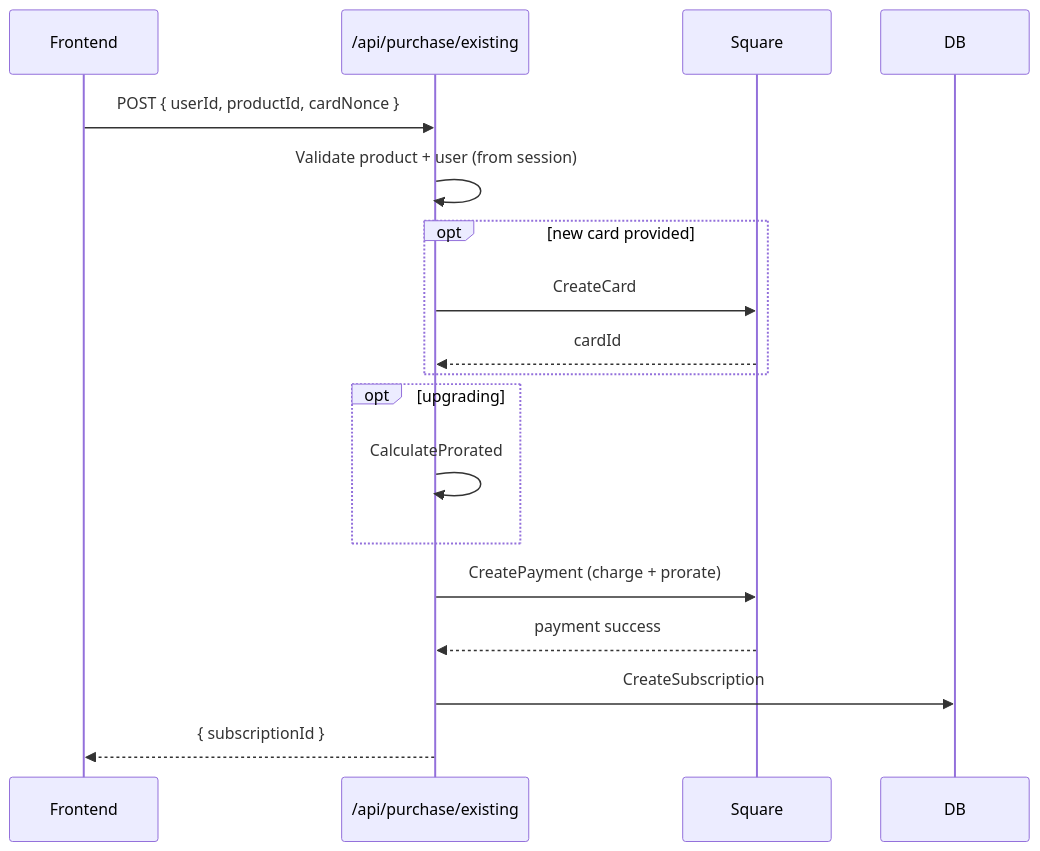
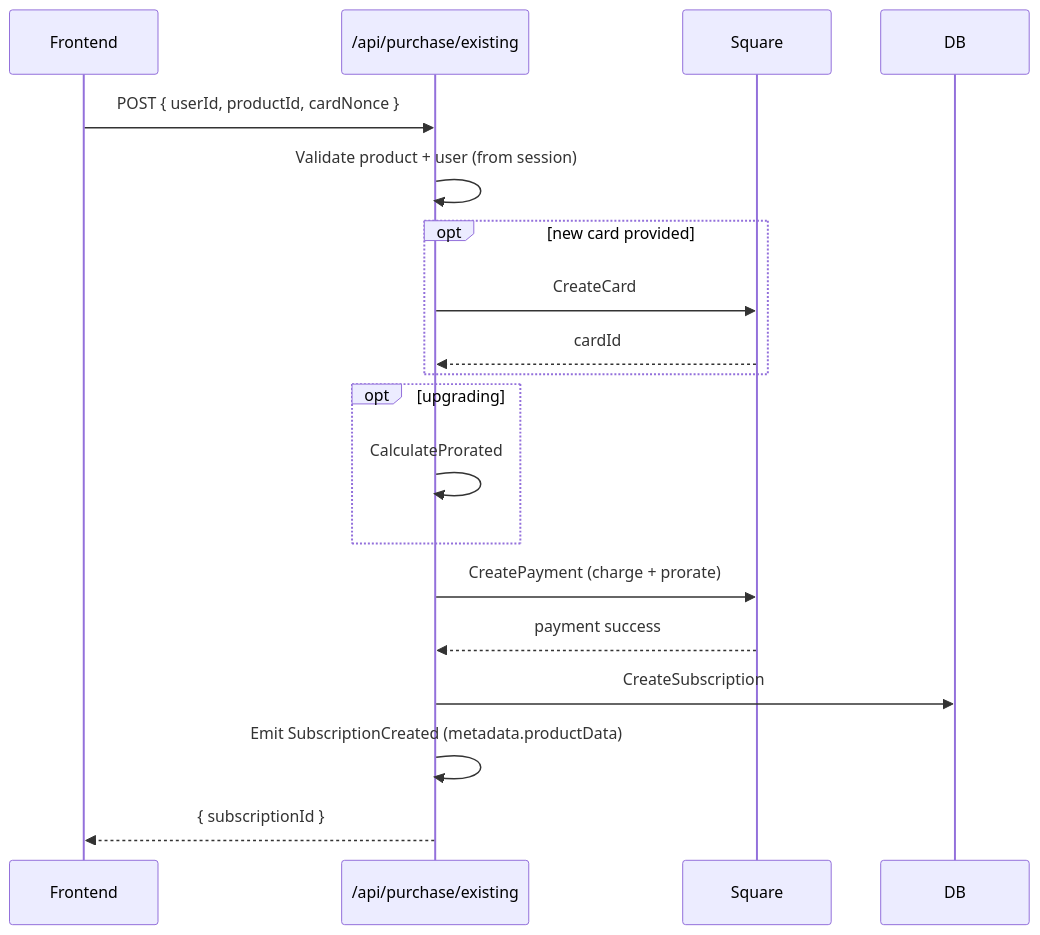
The third of 3 diagrams in docs/system/data-flows/purchase-flow.md (DBMGrow/cashoffers-billing), drawn with Mermaid before and after one commit. The commit also changed other lines of this file and 4 other files, not shown here.

First line of the commit message:
feat(CO-I271): carry the product link through the manage flow

````diff
--- a/docs/system/data-flows/purchase-flow.md
+++ b/docs/system/data-flows/purchase-flow.md
@@ -157,21 +201,22 @@
 ```mermaid
 sequenceDiagram
   participant FE as Frontend
   participant API as /api/purchase/existing
   participant Square
   participant DB
 
   FE->>API: POST { userId, productId, cardNonce }
   API->>API: Validate product + user (from session)
   opt new card provided
     API->>Square: CreateCard
     Square-->>API: cardId
   end
   opt upgrading
     API->>API: CalculateProrated
   end
   API->>Square: CreatePayment (charge + prorate)
   Square-->>API: payment success
   API->>DB: CreateSubscription
+  API->>API: Emit SubscriptionCreated (metadata.productData)
   API-->>FE: { subscriptionId }
 ```
````
